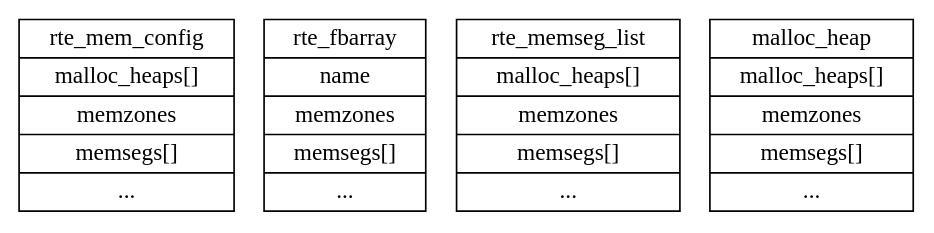
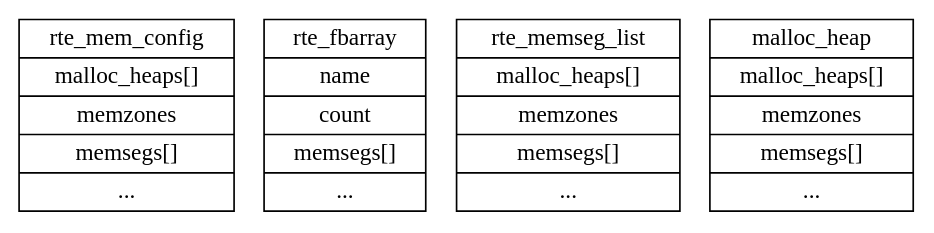
One commit to sisyphus1212/note changed the diagram in dpdk/内存管理.md. Above: the diagram before and after it, drawn with Graphviz.

Commit message:
auto_update

````diff
--- a/dpdk/内存管理.md
+++ b/dpdk/内存管理.md
@@ -16,44 +16,44 @@
 ```graphviz
 digraph {
 	rte_mem_config[
 		label = "{
 		rte_mem_config|
         malloc_heaps[]|
 		memzones|
 		memsegs[]|
 		...
 		}",
 		shape = "record"
 	];
 	rte_fbarray[
 		label = "{
 		rte_fbarray|
         name|
-		memzones|
+		count|
 		memsegs[]|
 		...
 		}",
 		shape = "record"
 	];
 	rte_memseg_list[
 		label = "{
 		rte_memseg_list|
         malloc_heaps[]|
 		memzones|
 		memsegs[]|
 		...
 		}",
 		shape = "record"
 	];
 	malloc_heap[
 		label = "{
 		malloc_heap|
         malloc_heaps[]|
 		memzones|
 		memsegs[]|
 		...
 		}",
 		shape = "record"
 	];
 }
 ```
````
